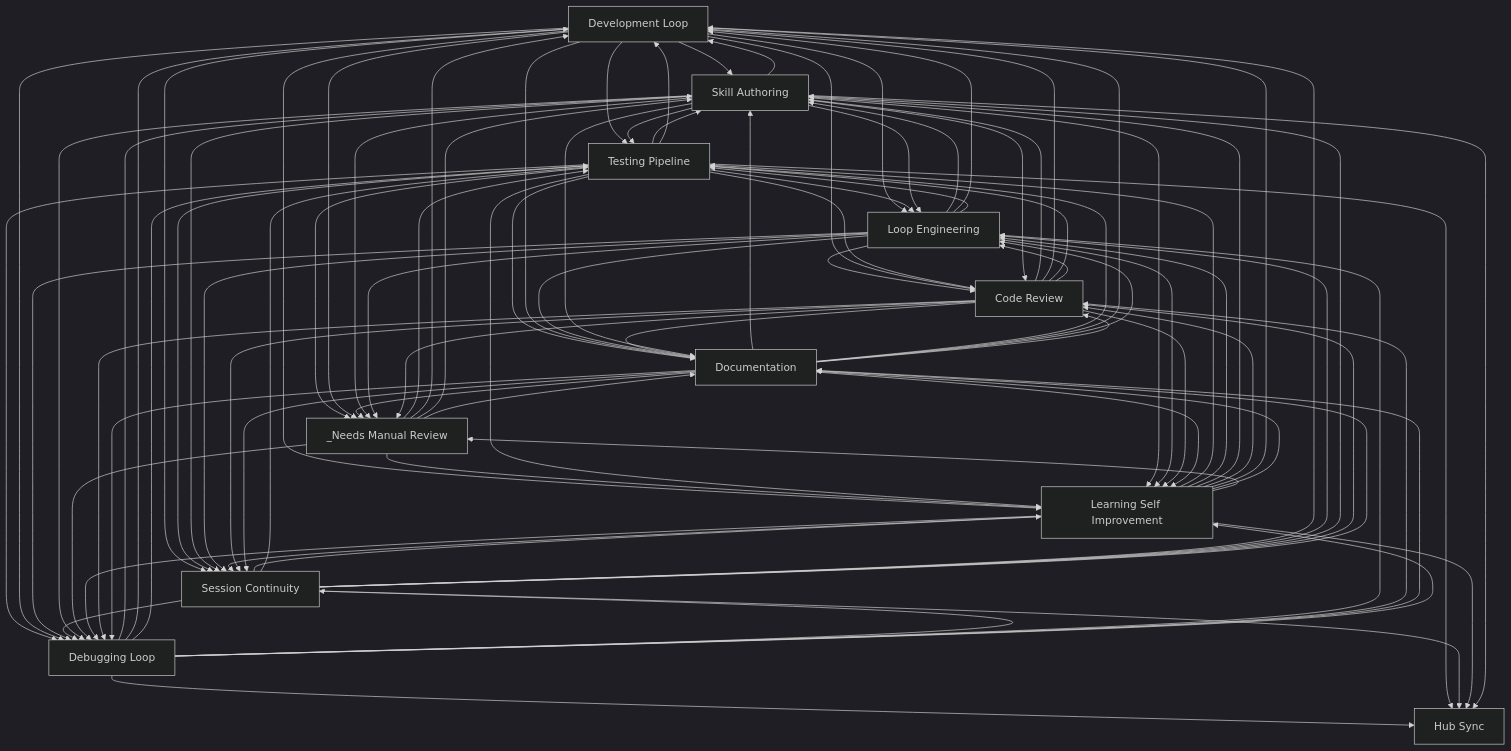
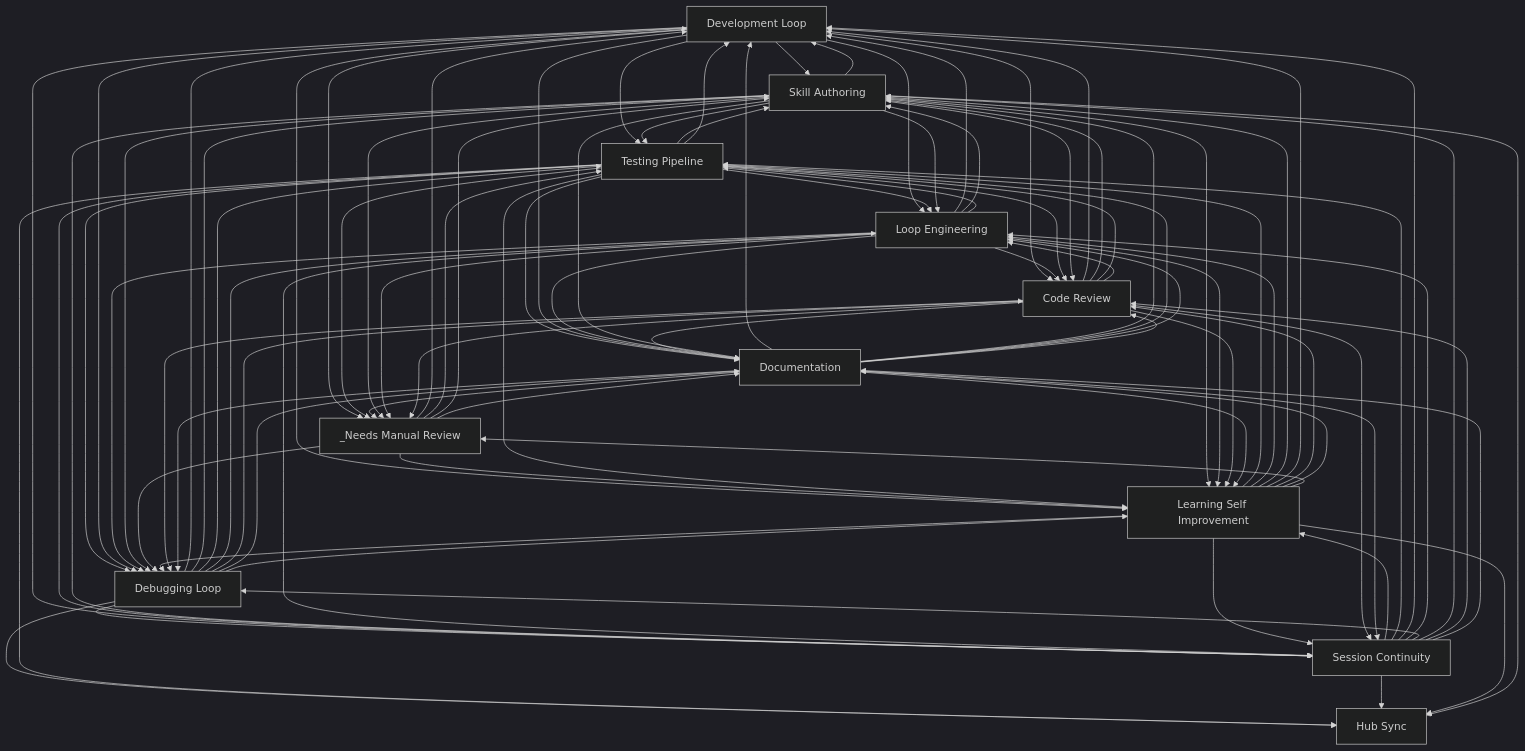
Before and after one commit to abhayla/claude-best-practices: the diagram in docs/workflows/INDEX.md, drawn with Mermaid (dark theme). The commit also changed other lines of this file and 13 other files, not shown here.

````diff
--- a/docs/workflows/INDEX.md
+++ b/docs/workflows/INDEX.md
@@ -33,47 +33,47 @@
     documentation[Documentation]
     hub_sync[Hub Sync]
     _needs_manual_review[_Needs Manual Review]
-    loop_engineering --> skill_authoring
-    loop_engineering --> code_review
-    loop_engineering --> development_loop
-    loop_engineering --> testing_pipeline
+    development_loop --> skill_authoring
+    development_loop --> testing_pipeline
+    development_loop --> loop_engineering
+    development_loop --> code_review
+    code_review --> development_loop
     code_review --> skill_authoring
-    code_review --> development_loop
     code_review --> testing_pipeline
     code_review --> loop_engineering
-    development_loop --> skill_authoring
-    development_loop --> code_review
-    development_loop --> testing_pipeline
-    development_loop --> loop_engineering
+    loop_engineering --> development_loop
+    loop_engineering --> skill_authoring
+    loop_engineering --> testing_pipeline
+    loop_engineering --> code_review
     skill_authoring --> testing_pipeline
     testing_pipeline --> skill_authoring
+    _needs_manual_review --> development_loop
     _needs_manual_review --> testing_pipeline
-    _needs_manual_review --> development_loop
     testing_pipeline --> development_loop
     testing_pipeline --> loop_engineering
     testing_pipeline --> debugging_loop
     testing_pipeline --> code_review
     testing_pipeline --> documentation
+    debugging_loop --> development_loop
     debugging_loop --> skill_authoring
-    debugging_loop --> development_loop
     debugging_loop --> testing_pipeline
     debugging_loop --> loop_engineering
     development_loop --> debugging_loop
     development_loop --> documentation
     loop_engineering --> documentation
+    skill_authoring --> development_loop
+    skill_authoring --> code_review
     skill_authoring --> loop_engineering
-    skill_authoring --> code_review
-    skill_authoring --> development_loop
+    documentation --> development_loop
     documentation --> skill_authoring
     documentation --> testing_pipeline
-    documentation --> development_loop
+    development_loop --> _needs_manual_review
     testing_pipeline --> _needs_manual_review
-    development_loop --> _needs_manual_review
     code_review --> documentation
+    development_loop --> session_continuity
+    development_loop --> learning_self_improvement
     session_continuity --> learning_self_improvement
     session_continuity --> testing_pipeline
-    development_loop --> session_continuity
-    development_loop --> learning_self_improvement
     _needs_manual_review --> learning_self_improvement
     testing_pipeline --> learning_self_improvement
     loop_engineering --> debugging_loop
@@ -83,12 +83,12 @@
     testing_pipeline --> hub_sync
     debugging_loop --> code_review
     debugging_loop --> documentation
+    skill_authoring --> session_continuity
     session_continuity --> development_loop
-    skill_authoring --> session_continuity
     skill_authoring --> learning_self_improvement
+    skill_authoring --> debugging_loop
     session_continuity --> loop_engineering
     session_continuity --> debugging_loop
-    skill_authoring --> debugging_loop
     loop_engineering --> session_continuity
     _needs_manual_review --> debugging_loop
     debugging_loop --> learning_self_improvement
@@ -96,13 +96,13 @@
     _needs_manual_review --> skill_authoring
     _needs_manual_review --> documentation
     documentation --> _needs_manual_review
-    learning_self_improvement --> session_continuity
     learning_self_improvement --> testing_pipeline
     learning_self_improvement --> loop_engineering
     learning_self_improvement --> debugging_loop
+    learning_self_improvement --> session_continuity
     learning_self_improvement --> skill_authoring
+    learning_self_improvement --> development_loop
     learning_self_improvement --> code_review
-    learning_self_improvement --> development_loop
     learning_self_improvement --> documentation
     skill_authoring --> _needs_manual_review
     session_continuity --> skill_authoring
@@ -115,12 +115,12 @@
     loop_engineering --> learning_self_improvement
     loop_engineering --> _needs_manual_review
     code_review --> debugging_loop
+    documentation --> debugging_loop
     documentation --> loop_engineering
-    documentation --> debugging_loop
     documentation --> code_review
+    code_review --> learning_self_improvement
     code_review --> session_continuity
-    code_review --> learning_self_improvement
+    documentation --> learning_self_improvement
     documentation --> session_continuity
-    documentation --> learning_self_improvement
     code_review --> _needs_manual_review
 ```
````
